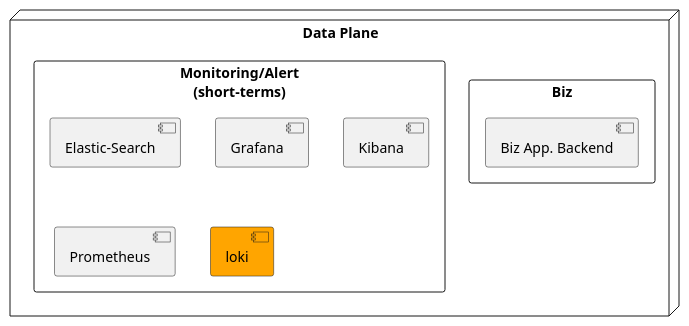
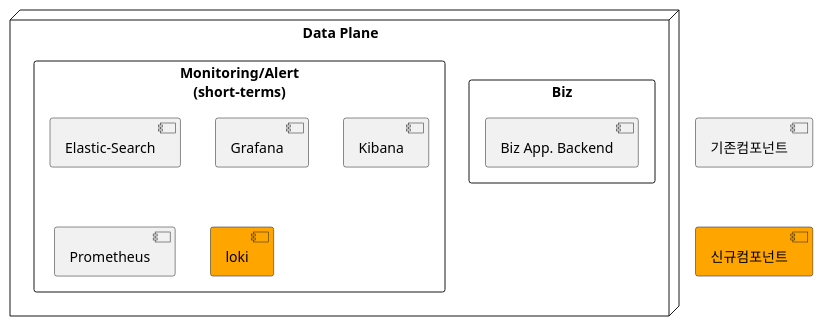
One commit to kloudbank/htdp1.github.io changed the third of 7 diagrams in docs/src/multi-cloud/diagram.md. Above: the diagram before and after it, drawn with PlantUML.

Commit message:
add multicloud

```diff
--- a/docs/src/multi-cloud/diagram.md
+++ b/docs/src/multi-cloud/diagram.md
@@ -68,15 +64,19 @@
 @startuml
+
+[기존컴포넌트] as old
+[신규컴포넌트] as new #orange
+old -[hidden]d-> new
 
 node "Data Plane" as dcp {
     rectangle "Biz" as bdp_bz {
         [Biz App. Backend] as bdp_bz_app
     }
     rectangle "Monitoring/Alert\n(short-terms)" as bdp_mon {
         [Elastic-Search] as bdp_mon_elk
         [Grafana] as bdp_mon_grafana
         [Kibana] as bdp_mon_kibana
         [Prometheus] as bdp_mon_prometheus
         [loki] as dbp_mon_loki #orange
     }
 }
 @enduml
```
